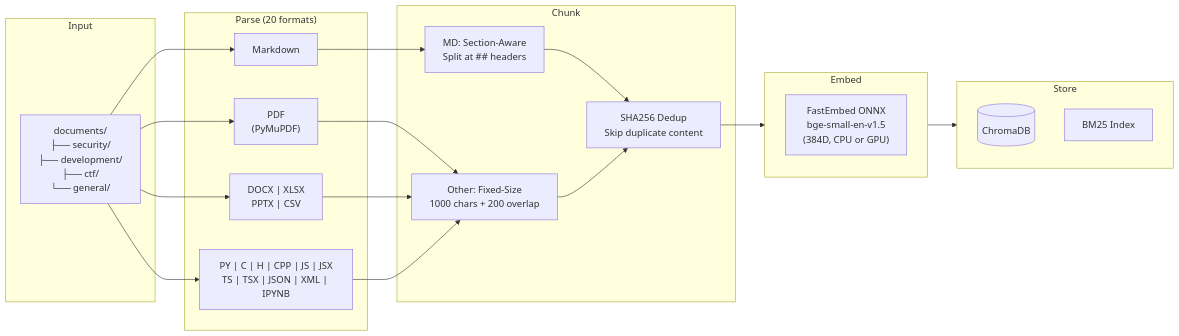
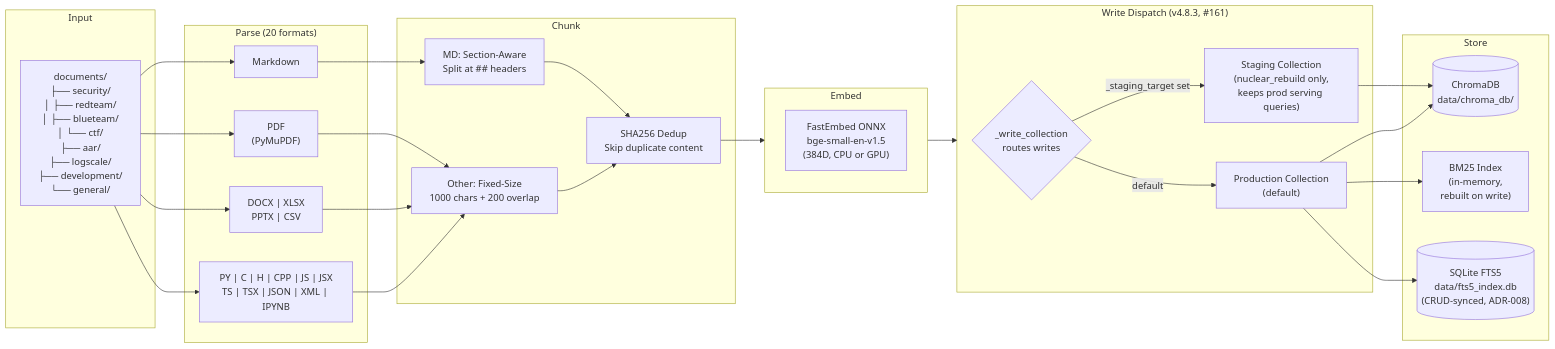
Before and after one commit to imakealol/knowledge-rag: the third of 4 diagrams in README.md, drawn with Mermaid. The commit also changed other lines of this file, not shown here.

````diff
--- a/README.md
+++ b/README.md
@@ -334,36 +369,49 @@
 ```mermaid
 flowchart LR
     subgraph INPUT["Input"]
-        FILES["documents/<br/>├── security/<br/>├── development/<br/>├── ctf/<br/>└── general/"]
+        FILES["documents/<br/>├── security/<br/>│   ├── redteam/<br/>│   ├── blueteam/<br/>│   └── ctf/<br/>├── aar/<br/>├── logscale/<br/>├── development/<br/>└── general/"]
     end
 
     subgraph PARSE["Parse (20 formats)"]
         MD["Markdown"]
         PDF["PDF<br/>(PyMuPDF)"]
         OFFICE["DOCX | XLSX<br/>PPTX | CSV"]
         CODE["PY | C | H | CPP | JS | JSX<br/>TS | TSX | JSON | XML | IPYNB"]
     end
 
     subgraph CHUNK["Chunk"]
         MDSPLIT["MD: Section-Aware<br/>Split at ## headers"]
         TXTSPLIT["Other: Fixed-Size<br/>1000 chars + 200 overlap"]
         DEDUP["SHA256 Dedup<br/>Skip duplicate content"]
     end
 
     subgraph EMBED["Embed"]
         FASTEMBED["FastEmbed ONNX<br/>bge-small-en-v1.5<br/>(384D, CPU or GPU)"]
     end
 
+    subgraph DISPATCH["Write Dispatch (v4.8.3, #161)"]
+        WCOL{"_write_collection<br/>routes writes"}
+        STAGING["Staging Collection<br/>(nuclear_rebuild only,<br/>keeps prod serving queries)"]
+        PROD["Production Collection<br/>(default)"]
+        WCOL -->|_staging_target set| STAGING
+        WCOL -->|default| PROD
+    end
+
     subgraph STORE["Store"]
-        CHROMADB[("ChromaDB")]
-        BM25IDX["BM25 Index"]
+        CHROMADB[("ChromaDB<br/>data/chroma_db/")]
+        BM25IDX["BM25 Index<br/>(in-memory,<br/>rebuilt on write)"]
+        FTS5DB[("SQLite FTS5<br/>data/fts5_index.db<br/>(CRUD-synced, ADR-008)")]
     end
 
     FILES --> MD & PDF & OFFICE & CODE
     MD --> MDSPLIT
     PDF & OFFICE & CODE --> TXTSPLIT
     MDSPLIT --> DEDUP
     TXTSPLIT --> DEDUP
     DEDUP --> EMBED
-    EMBED --> STORE
+    EMBED --> DISPATCH
+    STAGING --> CHROMADB
+    PROD --> CHROMADB
+    PROD --> BM25IDX
+    PROD --> FTS5DB
 ```
````
